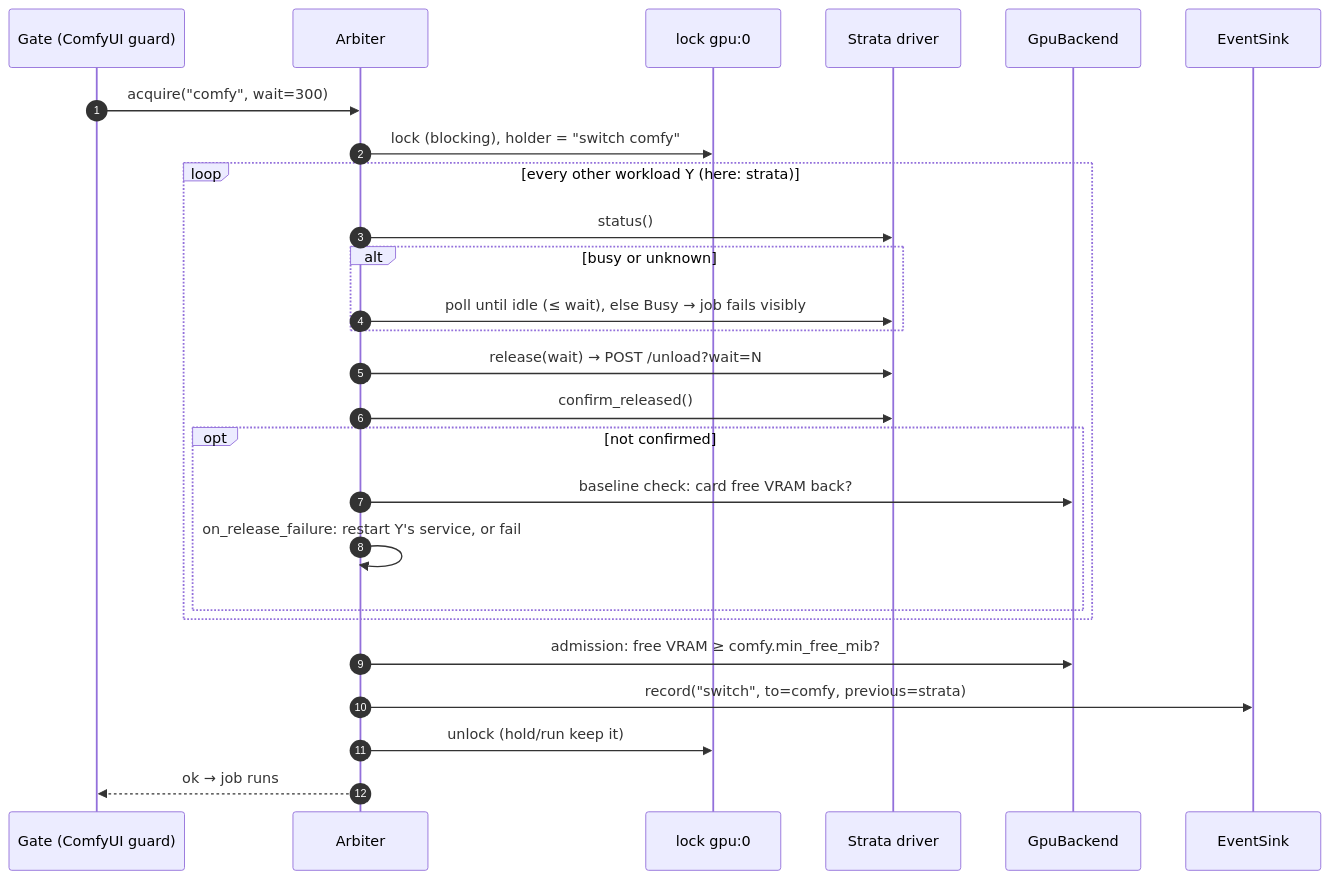
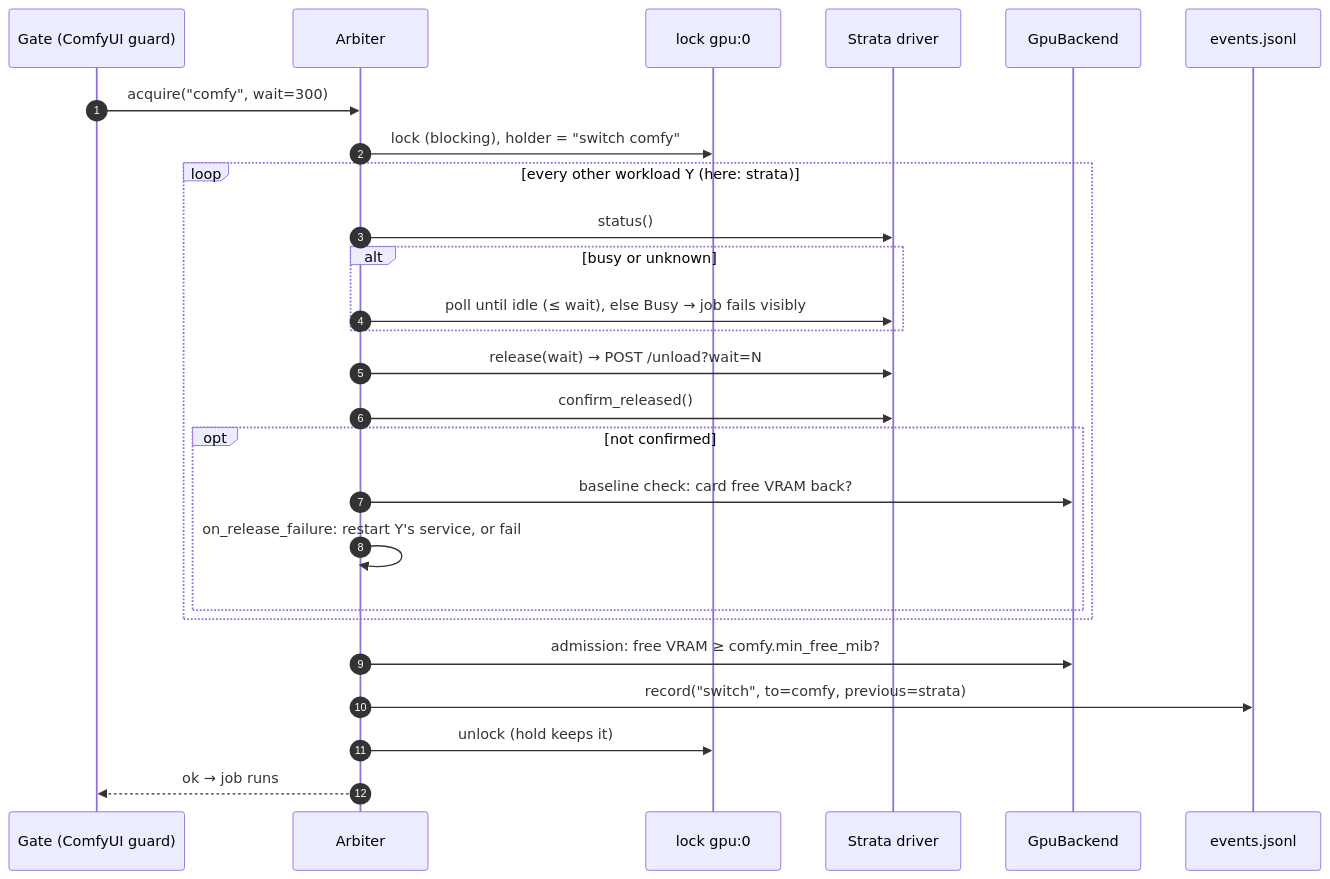
One commit to wandermyz/wandering-vibe changed the third of 4 diagrams in gpu-workload/docs/plans/2026-10-14-vhotseat.md. Above: the diagram before and after it, drawn with Mermaid. The commit also changed other lines of this file, not shown here.

````diff
--- a/gpu-workload/docs/plans/2026-10-14-vhotseat.md
+++ b/gpu-workload/docs/plans/2026-10-14-vhotseat.md
@@ -157,29 +157,29 @@
 ```mermaid
 sequenceDiagram
     autonumber
     participant G as Gate (ComfyUI guard)
     participant A as Arbiter
     participant L as lock gpu:0
     participant S as Strata driver
     participant B as GpuBackend
-    participant E as EventSink
+    participant E as events.jsonl
 
     G->>A: acquire("comfy", wait=300)
     A->>L: lock (blocking), holder = "switch comfy"
     loop every other workload Y (here: strata)
         A->>S: status()
         alt busy or unknown
             A->>S: poll until idle (≤ wait), else Busy → job fails visibly
         end
         A->>S: release(wait) → POST /unload?wait=N
         A->>S: confirm_released()
         opt not confirmed
             A->>B: baseline check: card free VRAM back?
             A->>A: on_release_failure: restart Y's service, or fail
         end
     end
     A->>B: admission: free VRAM ≥ comfy.min_free_mib?
     A->>E: record("switch", to=comfy, previous=strata)
-    A->>L: unlock (hold/run keep it)
+    A->>L: unlock (hold keeps it)
     A-->>G: ok → job runs
 ```
````
